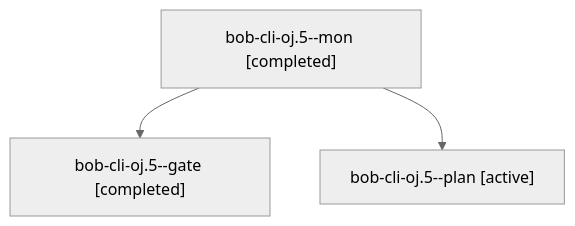
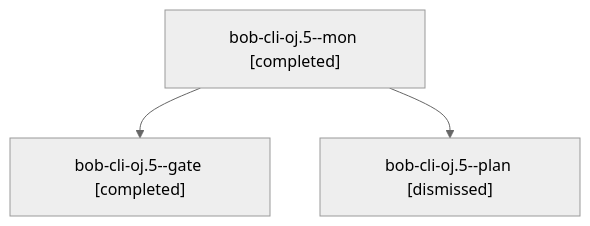
Before and after one commit to bobs-org/bob-cli--agents: the diagram in sessions/bbugyi200.athena.bob-cli-oj.5.md, drawn with Mermaid (neutral theme). The commit also changed other lines of this file and 131 other files, not shown here.

````diff
--- a/sessions/bbugyi200.athena.bob-cli-oj.5.md
+++ b/sessions/bbugyi200.athena.bob-cli-oj.5.md
@@ -9,8 +9,8 @@
 ```mermaid
 flowchart TD
   n0["bob-cli-oj.5--mon [completed]"]
   n1["bob-cli-oj.5--gate [completed]"]
   n0 --> n1
-  n2["bob-cli-oj.5--plan [active]"]
+  n2["bob-cli-oj.5--plan [dismissed]"]
   n0 --> n2
 ```
````
